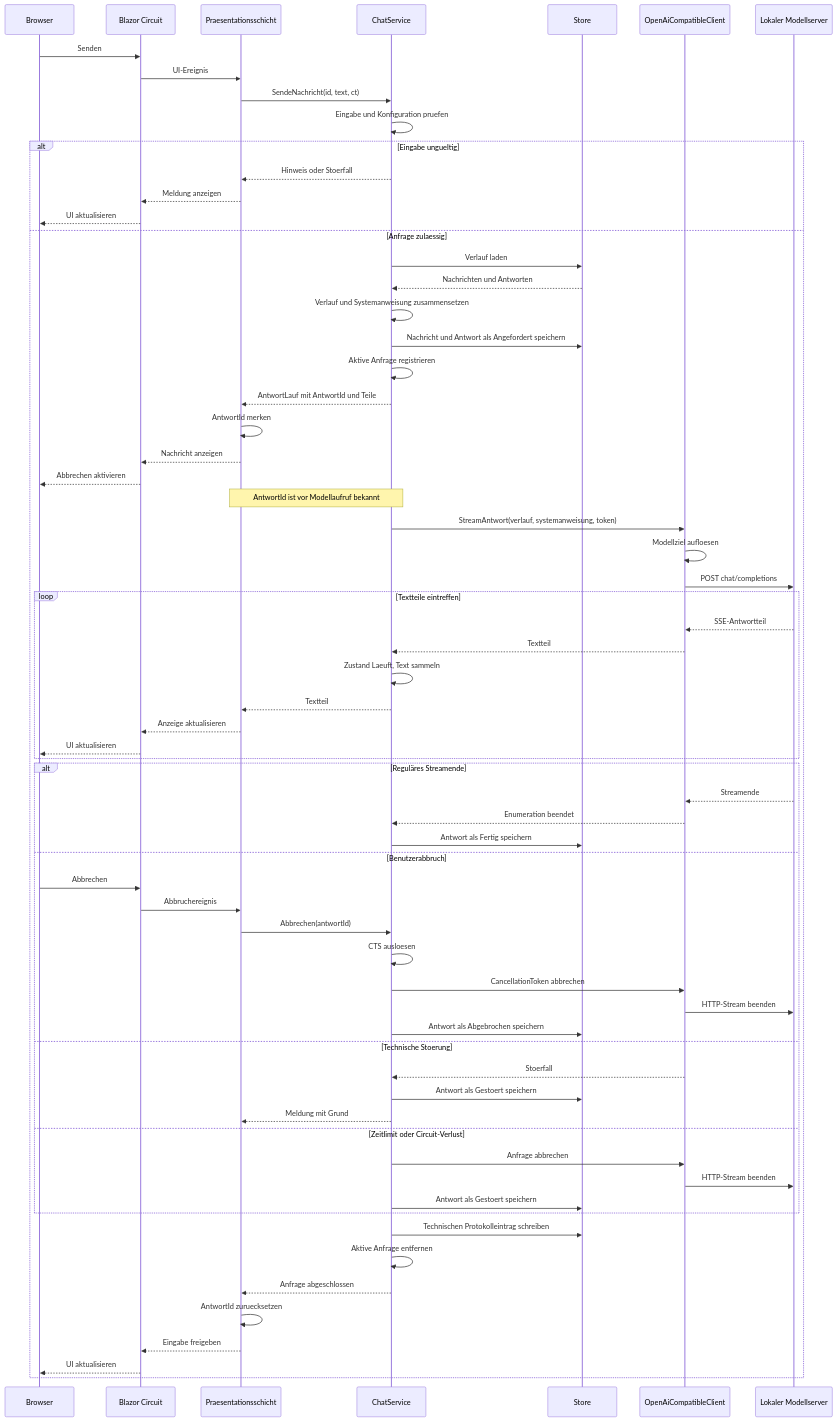
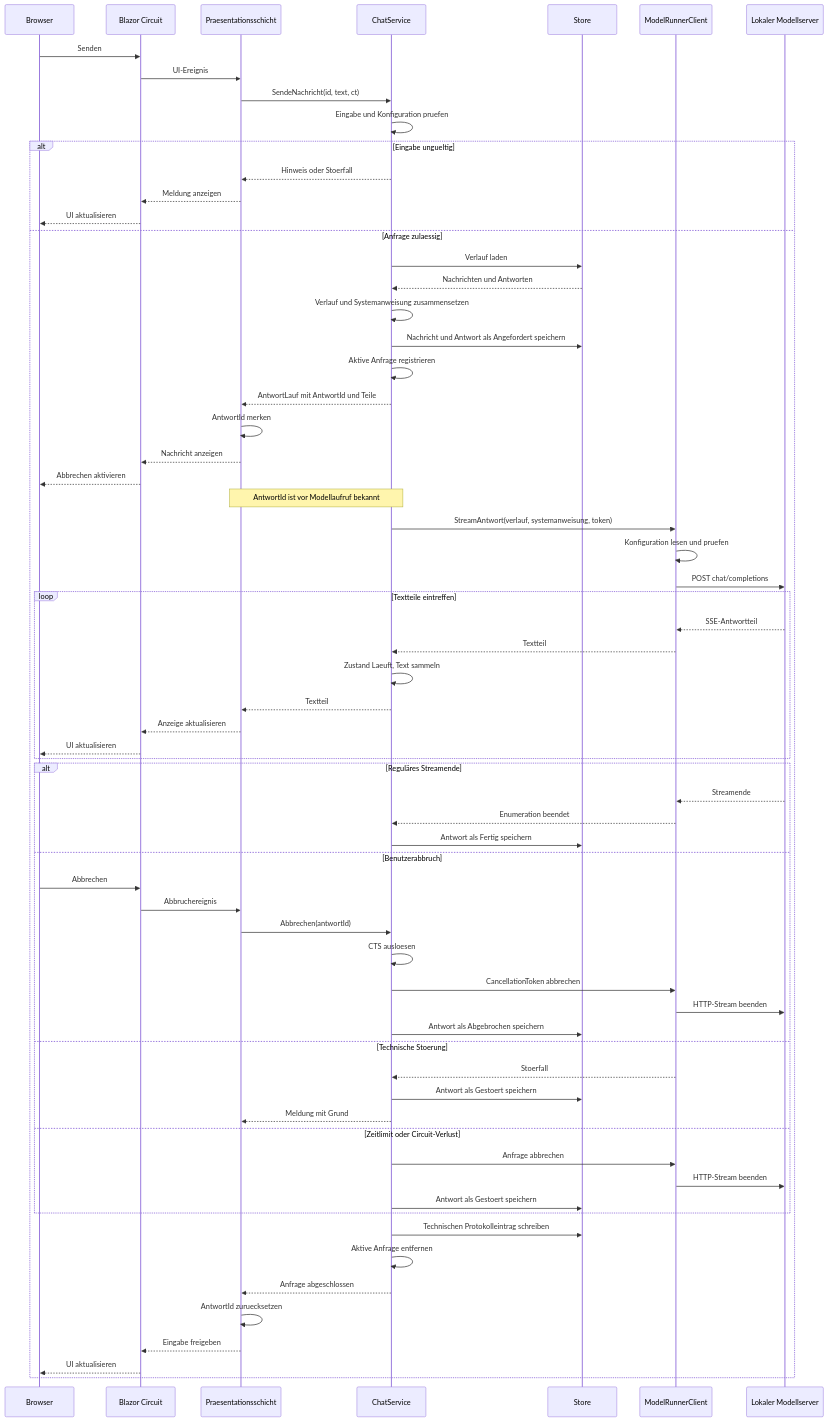
One commit to thedmo/CustomLocalAiFront changed the third of 5 diagrams in agent/Design.md. Above: the diagram before and after it, drawn with Mermaid. The commit also changed other lines of this file and 19 other files, not shown here.

````diff
--- a/agent/Design.md
+++ b/agent/Design.md
@@ -229,80 +220,80 @@
 ```mermaid
 sequenceDiagram
     participant B as Browser
     participant C as Blazor Circuit
     participant P as Praesentationsschicht
     participant S as ChatService
     participant ST as Store
-    participant A as OpenAiCompatibleClient
+    participant A as ModelRunnerClient
     participant M as Lokaler Modellserver
 
     B->>C: Senden
     C->>P: UI-Ereignis
     P->>S: SendeNachricht(id, text, ct)
 
     S->>S: Eingabe und Konfiguration pruefen
 
     alt Eingabe ungueltig
         S-->>P: Hinweis oder Stoerfall
         P-->>C: Meldung anzeigen
         C-->>B: UI aktualisieren
     else Anfrage zulaessig
         S->>ST: Verlauf laden
         ST-->>S: Nachrichten und Antworten
         S->>S: Verlauf und Systemanweisung zusammensetzen
         S->>ST: Nachricht und Antwort als Angefordert speichern
         S->>S: Aktive Anfrage registrieren
         S-->>P: AntwortLauf mit AntwortId und Teile
 
         P->>P: AntwortId merken
         P-->>C: Nachricht anzeigen
         C-->>B: Abbrechen aktivieren
 
         Note over P,S: AntwortId ist vor Modellaufruf bekannt
 
         S->>A: StreamAntwort(verlauf, systemanweisung, token)
-        A->>A: Modellziel aufloesen
+        A->>A: Konfiguration lesen und pruefen
         A->>M: POST chat/completions
 
         loop Textteile eintreffen
             M-->>A: SSE-Antwortteil
             A-->>S: Textteil
             S->>S: Zustand Laeuft, Text sammeln
             S-->>P: Textteil
             P-->>C: Anzeige aktualisieren
             C-->>B: UI aktualisieren
         end
 
         alt Reguläres Streamende
             M-->>A: Streamende
             A-->>S: Enumeration beendet
             S->>ST: Antwort als Fertig speichern
 
         else Benutzerabbruch
             B->>C: Abbrechen
             C->>P: Abbruchereignis
             P->>S: Abbrechen(antwortId)
             S->>S: CTS ausloesen
             S->>A: CancellationToken abbrechen
             A->>M: HTTP-Stream beenden
             S->>ST: Antwort als Abgebrochen speichern
 
         else Technische Stoerung
             A-->>S: Stoerfall
             S->>ST: Antwort als Gestoert speichern
             S-->>P: Meldung mit Grund
 
         else Zeitlimit oder Circuit-Verlust
             S->>A: Anfrage abbrechen
             A->>M: HTTP-Stream beenden
             S->>ST: Antwort als Gestoert speichern
         end
 
         S->>ST: Technischen Protokolleintrag schreiben
         S->>S: Aktive Anfrage entfernen
         S-->>P: Anfrage abgeschlossen
         P->>P: AntwortId zuruecksetzen
         P-->>C: Eingabe freigeben
         C-->>B: UI aktualisieren
     end
 ```
````
